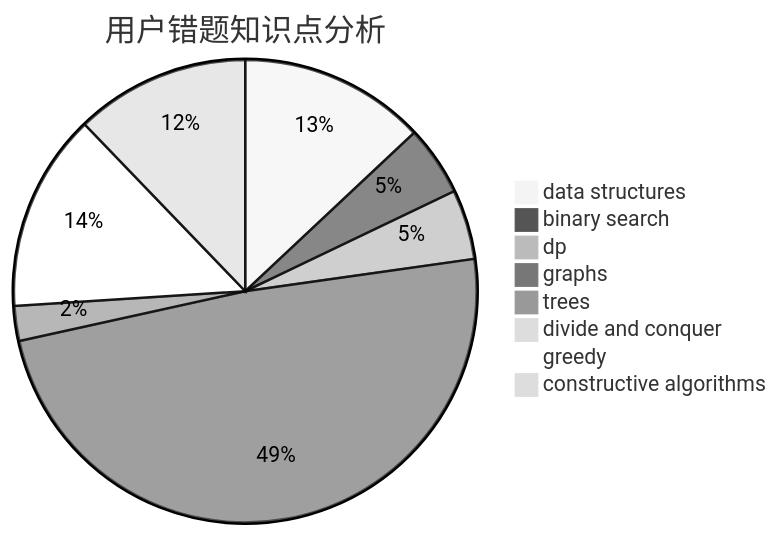
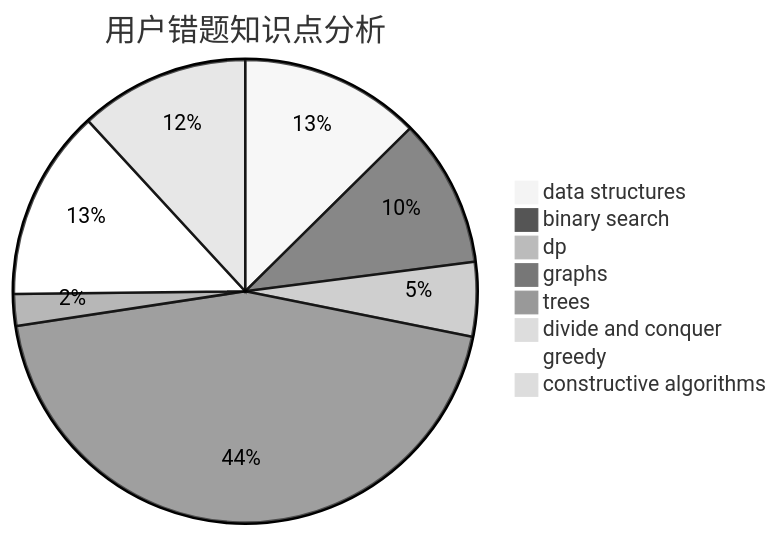
The third of 3 diagrams in docs/user/u1600.md (sherpahu/cfrs.github.io), drawn with Mermaid (neutral theme) before and after one commit. The commit also changed other lines of this file and 2770 other files, not shown here.

````diff
--- a/docs/user/u1600.md
+++ b/docs/user/u1600.md
@@ -36,11 +36,11 @@
 ```mermaid
 pie title 用户错题知识点分析
-    "data structures" :  16
-    "binary search" :  6
-    "dp" :  6
+    "data structures" :  17
+    "binary search" :  14
+    "dp" :  7
     "graphs" :  60
     "trees" :  3
     "divide and conquer" :  0
-    "greedy" :  17
-    "constructive algorithms" :  15
+    "greedy" :  18
+    "constructive algorithms" :  16
 ```
````
